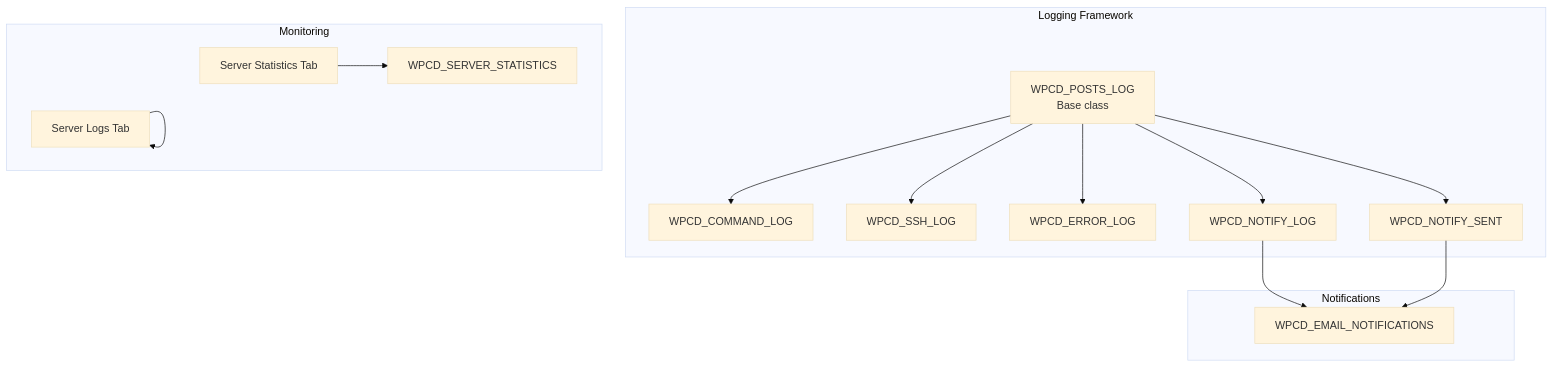
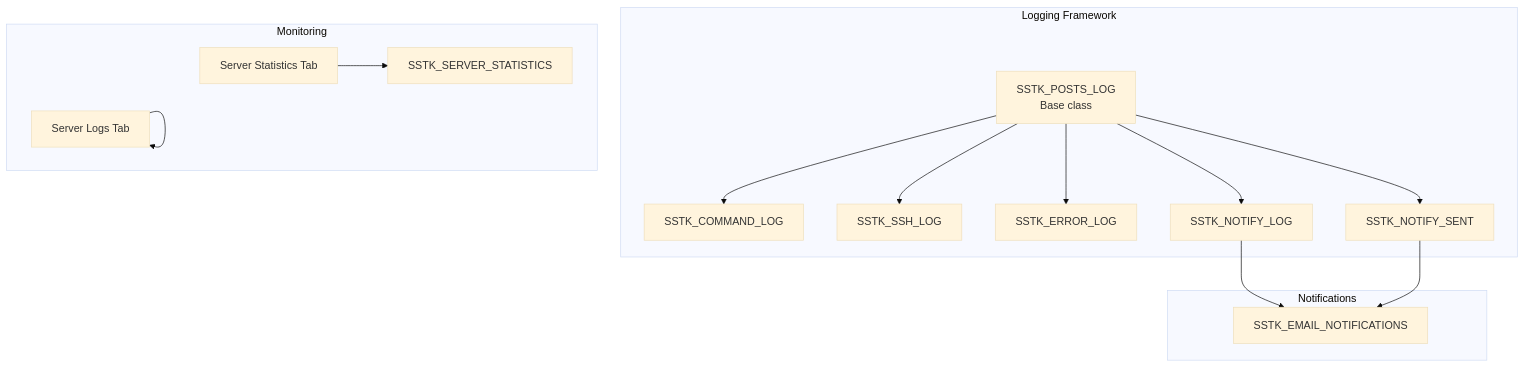
Before and after one commit to onedogsolutions/simple-stack: the first of 4 diagrams in .qoder/repowiki/en/content/Logging & Monitoring/Logging & Monitoring.md, drawn with Mermaid (base theme). The commit also changed other lines of this file and 5941 other files, not shown here.

````diff
--- a/.qoder/repowiki/en/content/Logging & Monitoring/Logging & Monitoring.md
+++ b/.qoder/repowiki/en/content/Logging & Monitoring/Logging & Monitoring.md
@@ -43,28 +43,28 @@
 ```mermaid
 graph TB
 subgraph "Logging Framework"
-Base["WPCD_POSTS_LOG<br/>Base class"]
-CmdLog["WPCD_COMMAND_LOG"]
-SshLog["WPCD_SSH_LOG"]
-ErrLog["WPCD_ERROR_LOG"]
-NotifyLog["WPCD_NOTIFY_LOG"]
-NotifySent["WPCD_NOTIFY_SENT"]
+Base["SSTK_POSTS_LOG<br/>Base class"]
+CmdLog["SSTK_COMMAND_LOG"]
+SshLog["SSTK_SSH_LOG"]
+ErrLog["SSTK_ERROR_LOG"]
+NotifyLog["SSTK_NOTIFY_LOG"]
+NotifySent["SSTK_NOTIFY_SENT"]
 end
 subgraph "Notifications"
-EmailNotif["WPCD_EMAIL_NOTIFICATIONS"]
+EmailNotif["SSTK_EMAIL_NOTIFICATIONS"]
 end
 subgraph "Monitoring"
-Stats["WPCD_SERVER_STATISTICS"]
+Stats["SSTK_SERVER_STATISTICS"]
 TabsStats["Server Statistics Tab"]
 TabsLogs["Server Logs Tab"]
 end
 Base --> CmdLog
 Base --> SshLog
 Base --> ErrLog
 Base --> NotifyLog
 Base --> NotifySent
 NotifyLog --> EmailNotif
 NotifySent --> EmailNotif
 TabsStats --> Stats
 TabsLogs --> TabsLogs
 ```
````
